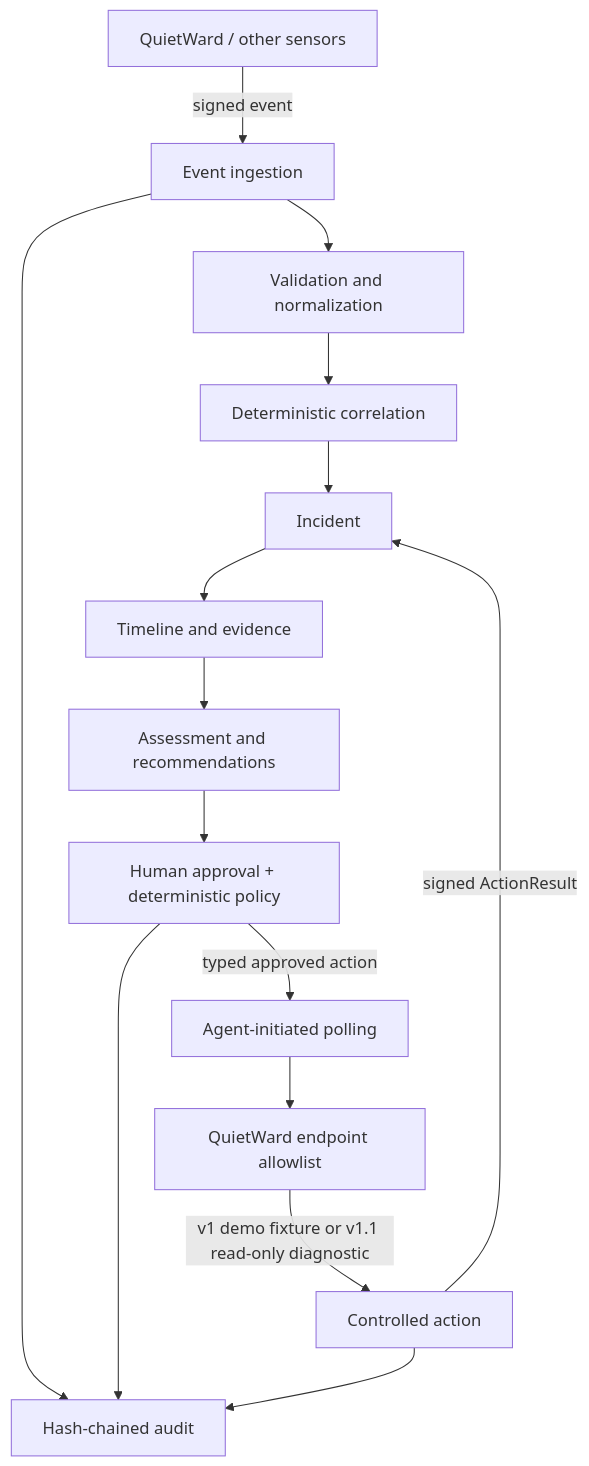
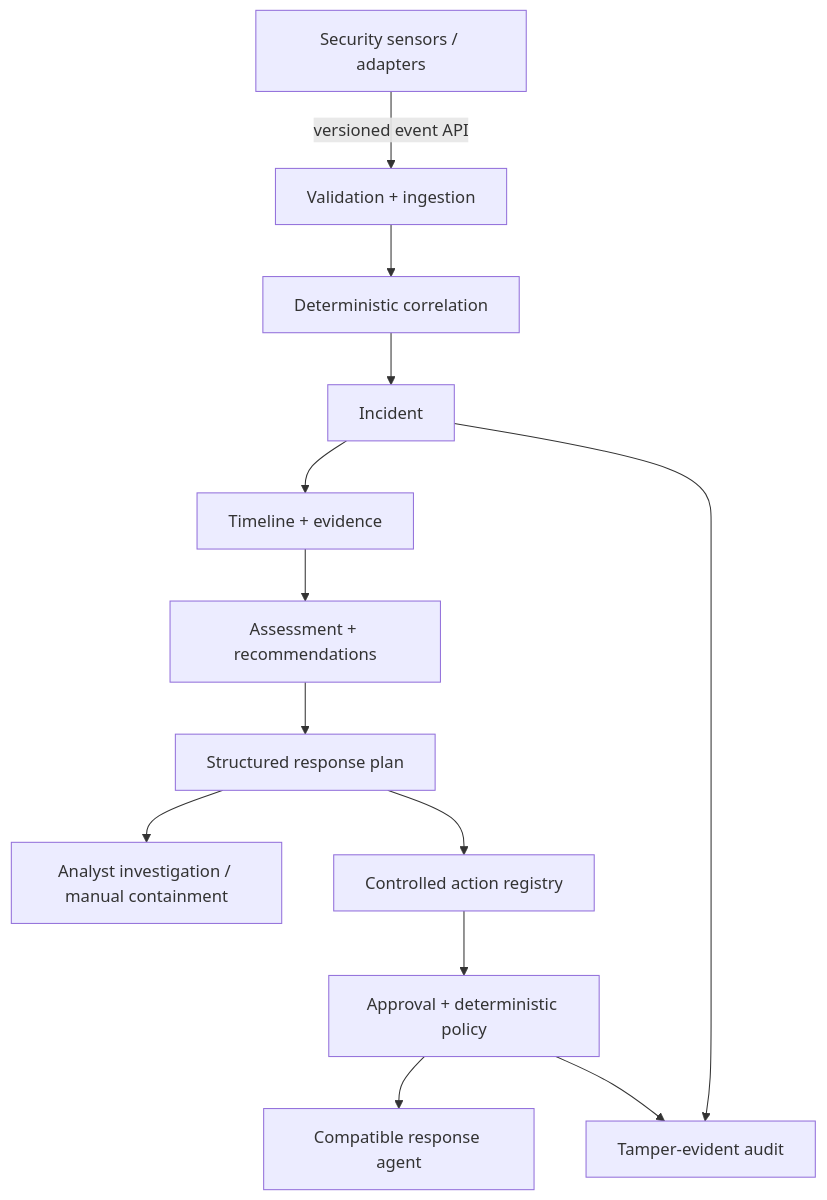
One commit to LUKEcheadle-ship-it/quietward-response changed the diagram in README.md. Above: the diagram before and after it, drawn with Mermaid. The commit also changed other lines of this file, not shown here.

````diff
--- a/README.md
+++ b/README.md
@@ -22,17 +50,15 @@
 ```mermaid
 flowchart TD
-    Q[QuietWard / other sensors] -->|signed event| I[Event ingestion]
-    I --> N[Validation and normalization]
-    N --> C[Deterministic correlation]
+    S[Security sensors / adapters] -->|versioned event API| I[Validation + ingestion]
+    I --> C[Deterministic correlation]
     C --> X[Incident]
-    X --> T[Timeline and evidence]
-    T --> R[Assessment and recommendations]
-    R --> P[Human approval + deterministic policy]
-    P -->|typed approved action| A[Agent-initiated polling]
-    A --> E[QuietWard endpoint allowlist]
-    E -->|v1 demo fixture or v1.1 read-only diagnostic| Z[Controlled action]
-    Z -->|signed ActionResult| X
-    I --> U[Hash-chained audit]
-    P --> U
-    Z --> U
+    X --> T[Timeline + evidence]
+    T --> R[Assessment + recommendations]
+    R --> P[Structured response plan]
+    P --> H[Analyst investigation / manual containment]
+    P --> A[Controlled action registry]
+    A --> G[Approval + deterministic policy]
+    G --> E[Compatible response agent]
+    X --> U[Tamper-evident audit]
+    G --> U
 ```
````
